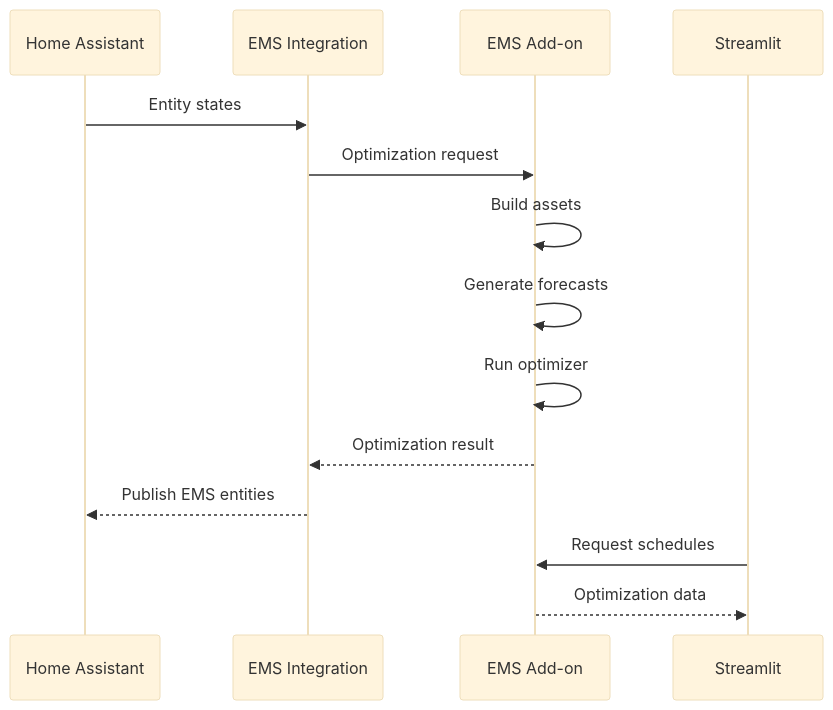
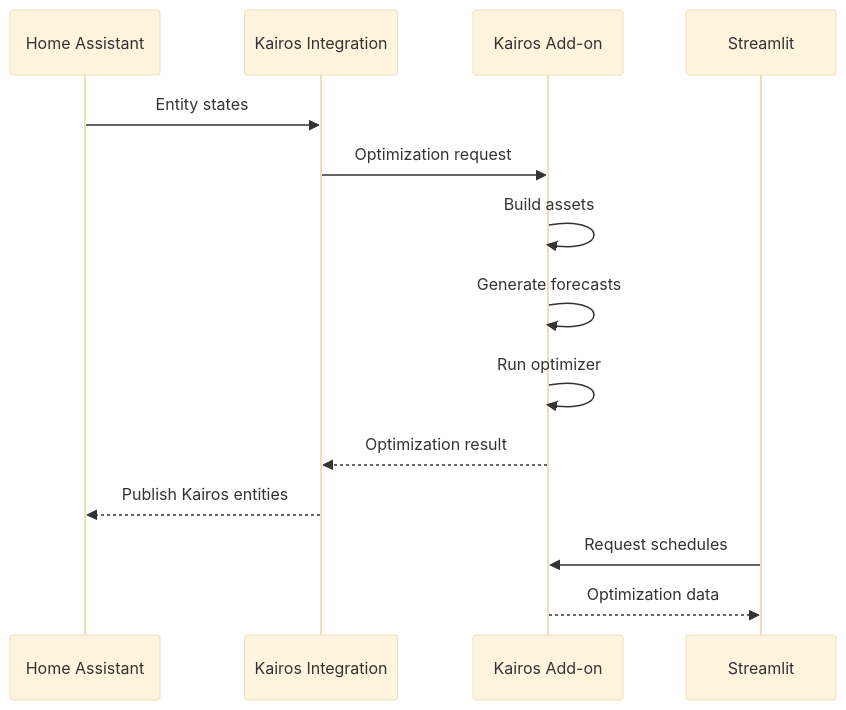
Before and after one commit to janeaujanssen/Kairos: the third of 4 diagrams in ha_integration_architecture.md, drawn with Mermaid (base theme). The commit also changed other lines of this file and 2 other files, not shown here.

````diff
--- a/ha_integration_architecture.md
+++ b/ha_integration_architecture.md
@@ -311,23 +313,23 @@
 ```mermaid
 sequenceDiagram
 
     participant HA as Home Assistant
-    participant INT as EMS Integration
-    participant EMS as EMS Add-on
+    participant INT as Kairos Integration
+    participant EMS as Kairos Add-on
     participant UI as Streamlit
 
     HA->>INT: Entity states
 
     INT->>EMS: Optimization request
 
     EMS->>EMS: Build assets
     EMS->>EMS: Generate forecasts
     EMS->>EMS: Run optimizer
 
     EMS-->>INT: Optimization result
 
-    INT-->>HA: Publish EMS entities
+    INT-->>HA: Publish Kairos entities
 
     UI->>EMS: Request schedules
     EMS-->>UI: Optimization data
 ```
````
